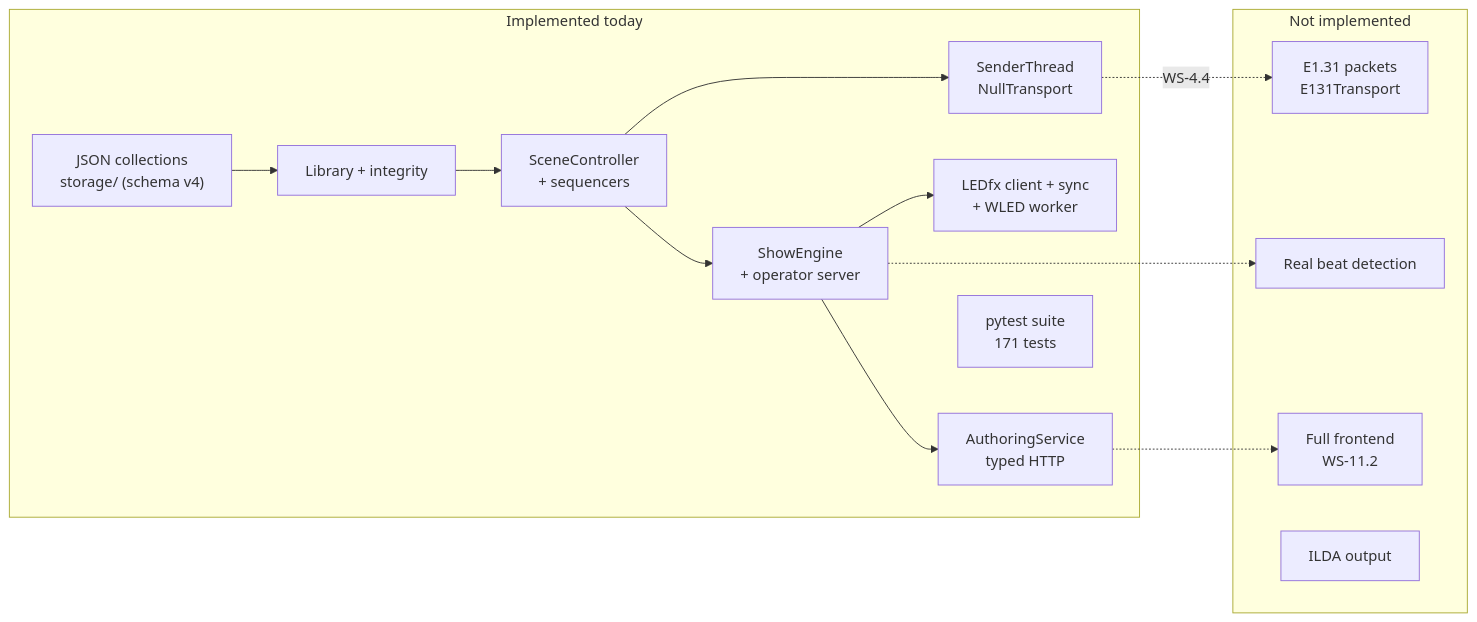
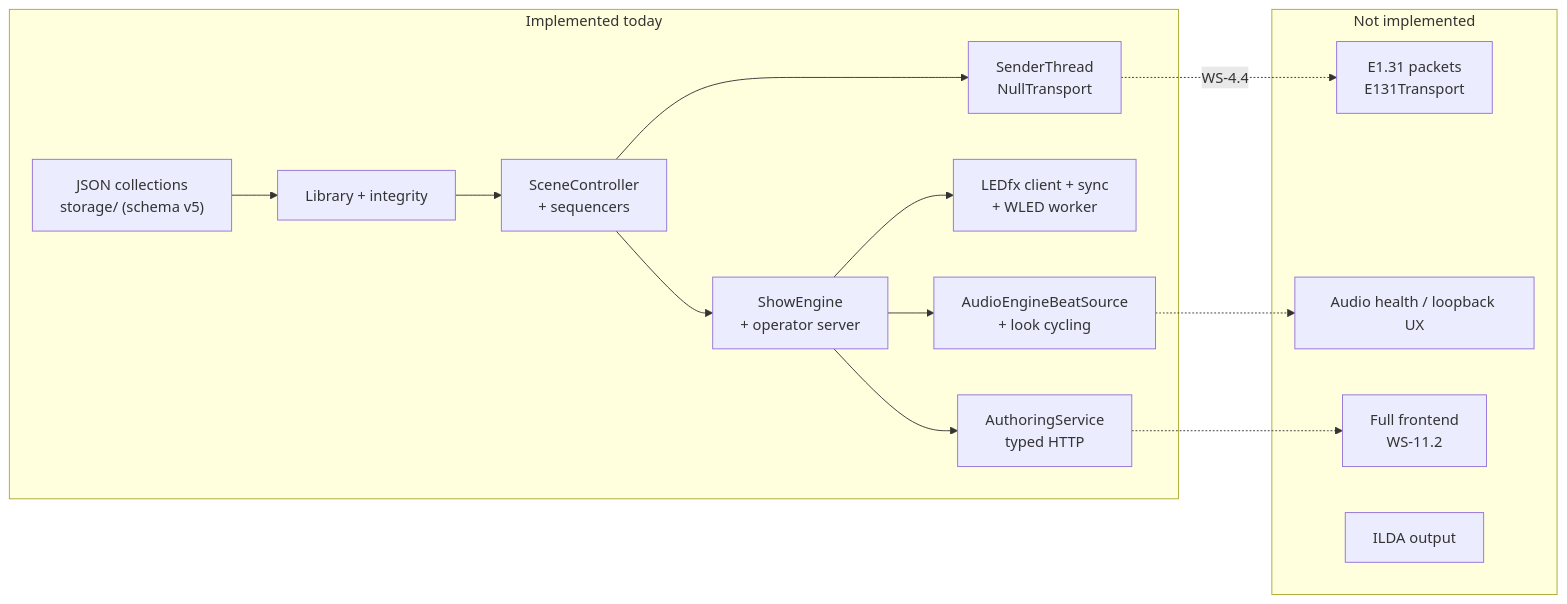
Before and after one commit to glane339/lightsappnew: the diagram in docs/project_overview.md, drawn with Mermaid. The commit also changed other lines of this file and 33 other files, not shown here.

````diff
--- a/docs/project_overview.md
+++ b/docs/project_overview.md
@@ -247,26 +253,27 @@
 ```mermaid
 flowchart LR
     subgraph now["Implemented today"]
-        S1["JSON collections<br/>storage/ (schema v4)"]
+        S1["JSON collections<br/>storage/ (schema v5)"]
         S2["Library + integrity"]
         S3["SceneController<br/>+ sequencers"]
         S4["ShowEngine<br/>+ operator server"]
         S5["SenderThread<br/>NullTransport"]
         S6["LEDfx client + sync<br/>+ WLED worker"]
         S7["AuthoringService<br/>typed HTTP"]
-        S8["pytest suite<br/>171 tests"]
+        S8["AudioEngineBeatSource<br/>+ look cycling"]
         S1 --> S2 --> S3 --> S4
         S3 --> S5
         S4 --> S6
         S4 --> S7
+        S4 --> S8
     end
     subgraph gap["Not implemented"]
         G1["E1.31 packets<br/>E131Transport"]
-        G2["Real beat detection"]
+        G2["Audio health / loopback UX"]
         G4["Full frontend<br/>WS-11.2"]
         G5["ILDA output"]
     end
     S5 -.->|"WS-4.4"| G1
-    S4 -.-> G2
+    S8 -.-> G2
     S7 -.-> G4
 ```
````
